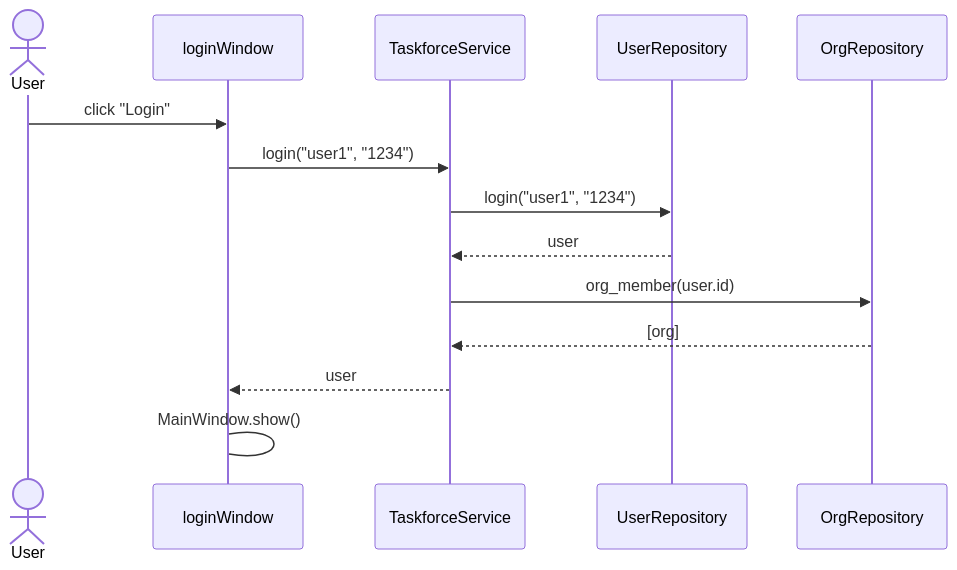
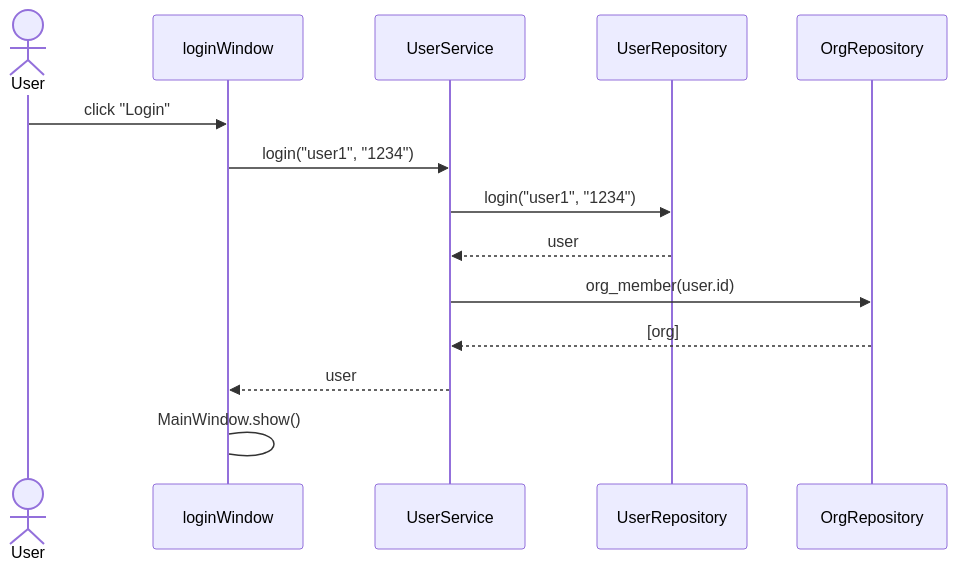
One commit to sashausoskin/taskforce changed the second of 3 diagrams in dokumentaatio/arkkitehtuuri.md. Above: the diagram before and after it, drawn with Mermaid. The commit also changed other lines of this file and 4 other files, not shown here.

First line of the commit message:
UPDATE architecture document

````diff
--- a/dokumentaatio/arkkitehtuuri.md
+++ b/dokumentaatio/arkkitehtuuri.md
@@ -64,16 +101,16 @@
 ```mermaid
 sequenceDiagram
   actor User
   participant loginWindow
-  participant TaskforceService
+  participant UserService
   participant UserRepository
   participant OrgRepository
   User->>loginWindow: click "Login"
-  loginWindow->>TaskforceService: login("user1", "1234")
-  TaskforceService->>UserRepository: login("user1", "1234")
-  UserRepository-->>TaskforceService: user
-  TaskforceService->>OrgRepository: org_member(user.id)
-  OrgRepository-->>TaskforceService: [org]
-  TaskforceService-->>loginWindow: user
+  loginWindow->>UserService: login("user1", "1234")
+  UserService->>UserRepository: login("user1", "1234")
+  UserRepository-->>UserService: user
+  UserService->>OrgRepository: org_member(user.id)
+  OrgRepository-->>UserService: [org]
+  UserService-->>loginWindow: user
   loginWindow->loginWindow: MainWindow.show()
 ```
````
